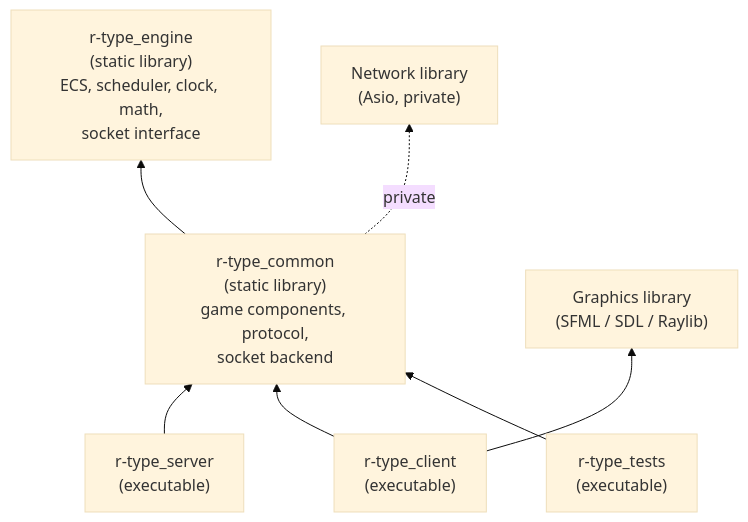
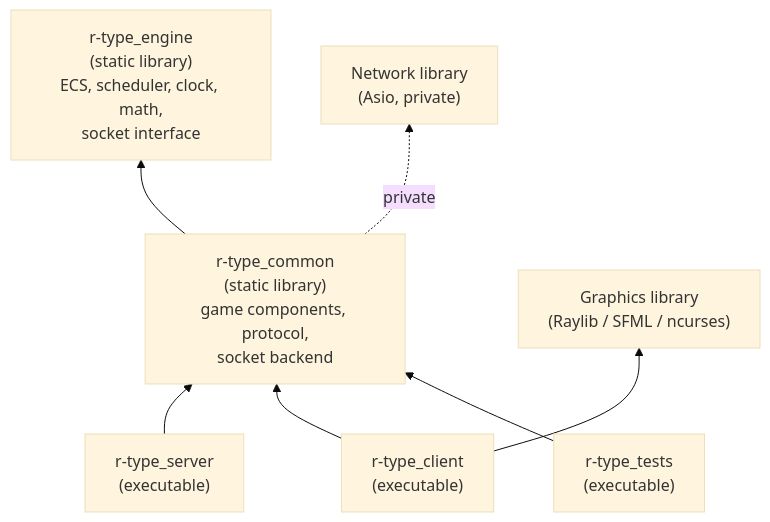
The first of 6 diagrams in docs/ARCHITECTURE.md (T3a1/RType-mirror), drawn with Mermaid (base theme) before and after one commit. The commit also changed other lines of this file and 9 other files, not shown here.

````diff
--- a/docs/ARCHITECTURE.md
+++ b/docs/ARCHITECTURE.md
@@ -31,17 +32,17 @@
 ```mermaid
 flowchart BT
     engine["r-type_engine<br/>(static library)<br/>ECS, scheduler, clock, math,<br/>socket interface"]
     common["r-type_common<br/>(static library)<br/>game components, protocol,<br/>socket backend"]
     server["r-type_server<br/>(executable)"]
     client["r-type_client<br/>(executable)"]
     tests["r-type_tests<br/>(executable)"]
-    gfx["Graphics library<br/>(SFML / SDL / Raylib)"]
+    gfx["Graphics library<br/>(Raylib / SFML / ncurses)"]
     net["Network library<br/>(Asio, private)"]
 
     common --> engine
     common -. private .-> net
     server --> common
     client --> common
     client --> gfx
     tests --> common
 ```
````
